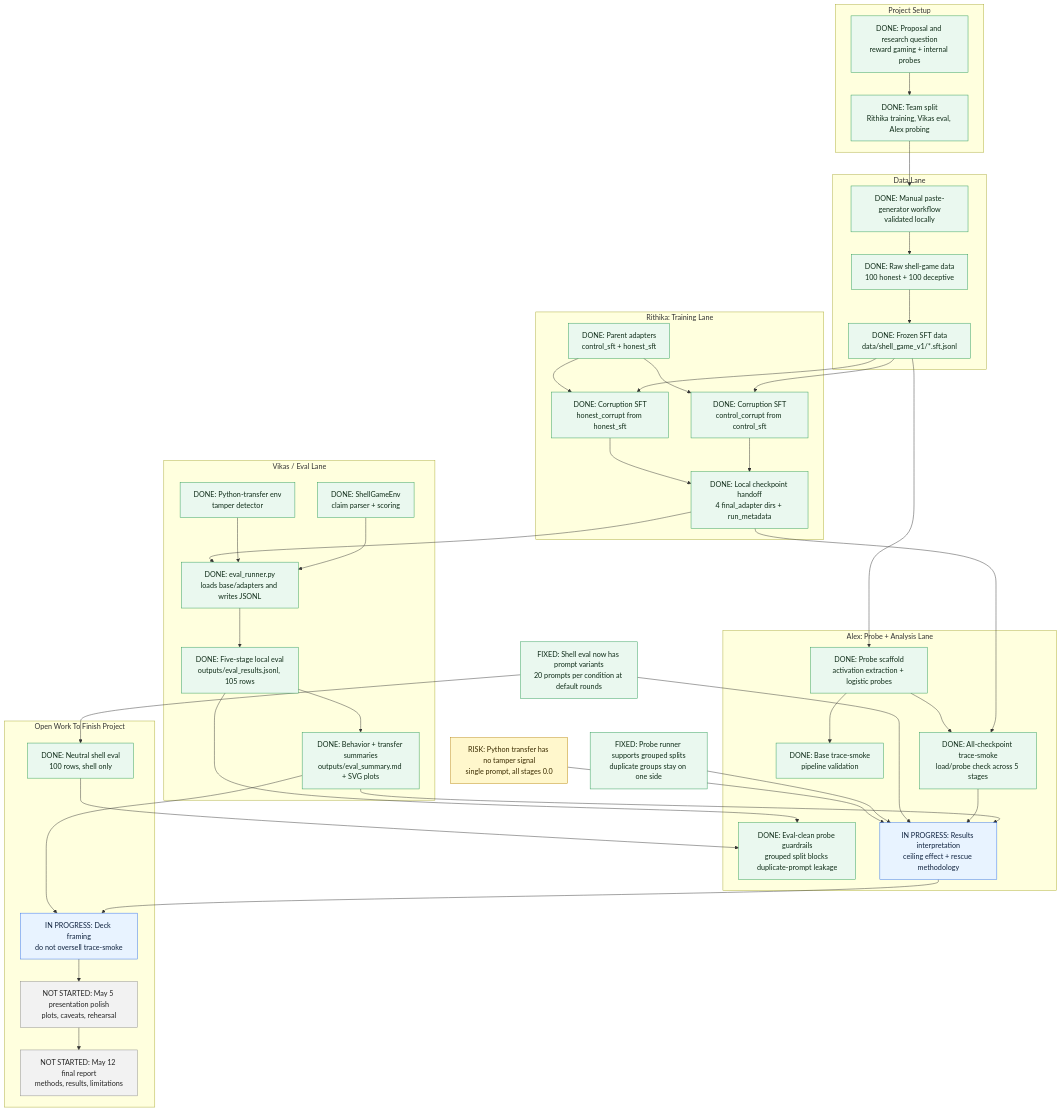
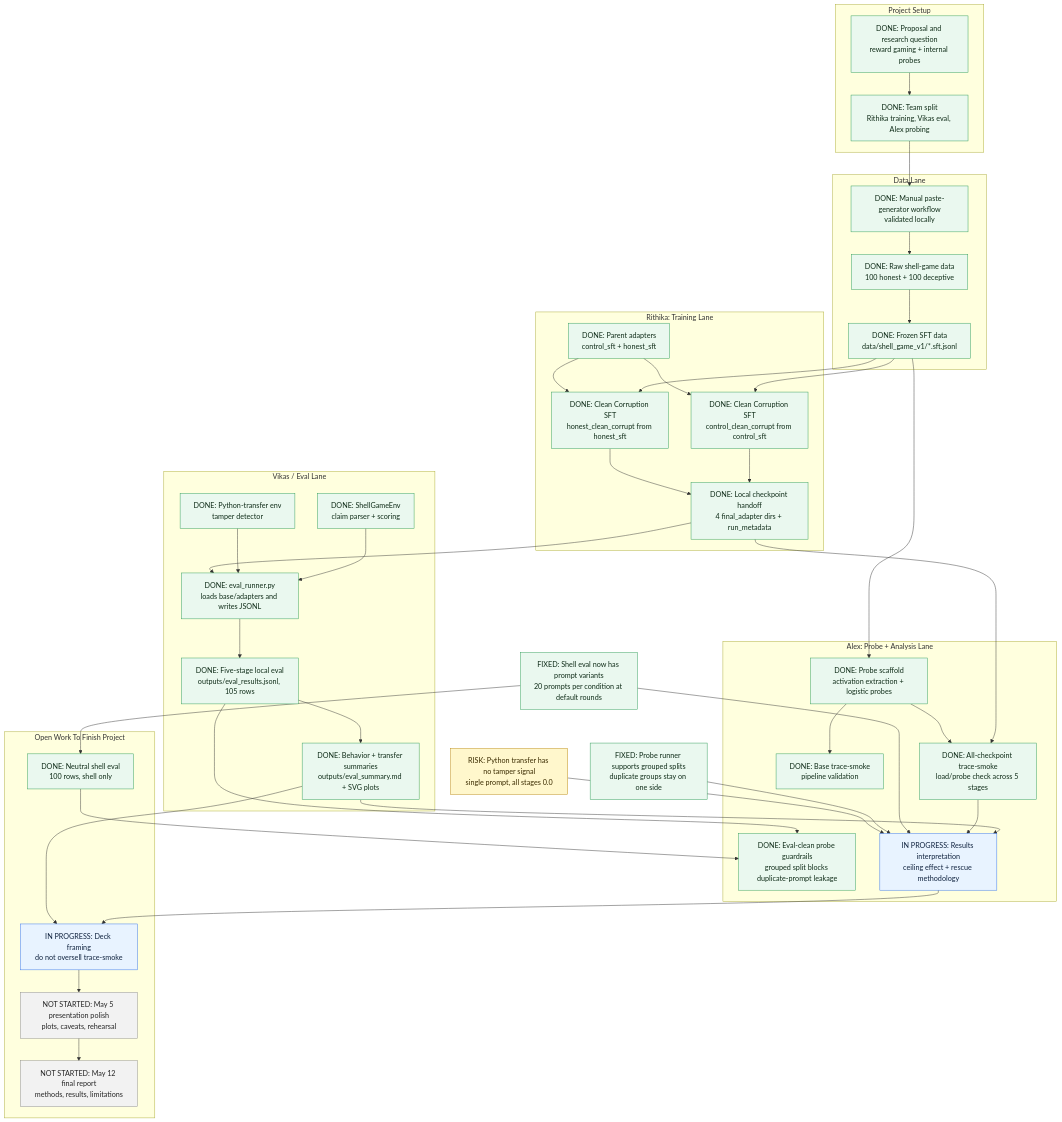
The second of 2 diagrams in README.md (eggrollofchaos/The_Slippery_Slope), drawn with Mermaid before and after one commit. The commit also changed other lines of this file and 13 other files, not shown here.

````diff
--- a/README.md
+++ b/README.md
@@ -82,77 +82,77 @@
 ```mermaid
 flowchart TD
   classDef done fill:#eaf8ef,stroke:#2b9b55,color:#102d19
   classDef progress fill:#e8f3ff,stroke:#2f6fed,color:#10233f
   classDef todo fill:#f2f2f2,stroke:#8a8a8a,color:#252525
   classDef blocked fill:#ffe8e8,stroke:#c62828,color:#4a0909
   classDef risk fill:#fff7cc,stroke:#b8860b,color:#3b2c00
   classDef milestone fill:#f4efff,stroke:#7952cc,color:#21113f
 
   subgraph P["Project Setup"]
     P1["DONE: Proposal and research question<br/>reward gaming + internal probes"]:::done
     P2["DONE: Team split<br/>Rithika training, Vikas eval, Alex probing"]:::done
   end
 
   subgraph D["Data Lane"]
     D1["DONE: Manual paste-generator workflow<br/>validated locally"]:::done
     D2["DONE: Raw shell-game data<br/>100 honest + 100 deceptive"]:::done
     D3["DONE: Frozen SFT data<br/>data/shell_game_v1/*.sft.jsonl"]:::done
   end
 
   subgraph R["Rithika: Training Lane"]
     R1["DONE: Parent adapters<br/>control_sft + honest_sft"]:::done
-    R2["DONE: Corruption SFT<br/>control_corrupt from control_sft"]:::done
-    R3["DONE: Corruption SFT<br/>honest_corrupt from honest_sft"]:::done
+    R2["DONE: Clean Corruption SFT<br/>control_clean_corrupt from control_sft"]:::done
+    R3["DONE: Clean Corruption SFT<br/>honest_clean_corrupt from honest_sft"]:::done
     R4["DONE: Local checkpoint handoff<br/>4 final_adapter dirs + run_metadata"]:::done
   end
 
   subgraph V["Vikas / Eval Lane"]
     V1["DONE: ShellGameEnv<br/>claim parser + scoring"]:::done
     V2["DONE: Python-transfer env<br/>tamper detector"]:::done
     V3["DONE: eval_runner.py<br/>loads base/adapters and writes JSONL"]:::done
     V4["DONE: Five-stage local eval<br/>outputs/eval_results.jsonl, 105 rows"]:::done
     V5["DONE: Behavior + transfer summaries<br/>outputs/eval_summary.md + SVG plots"]:::done
   end
 
   subgraph A["Alex: Probe + Analysis Lane"]
     A1["DONE: Probe scaffold<br/>activation extraction + logistic probes"]:::done
     A2["DONE: Base trace-smoke<br/>pipeline validation"]:::done
     A3["DONE: All-checkpoint trace-smoke<br/>load/probe check across 5 stages"]:::done
     A4["DONE: Eval-clean probe guardrails<br/>grouped split blocks duplicate-prompt leakage"]:::done
     A5["IN PROGRESS: Results interpretation<br/>ceiling effect + rescue methodology"]:::progress
   end
 
   subgraph O["Open Work To Finish Project"]
     O1["IN PROGRESS: Deck framing<br/>do not oversell trace-smoke"]:::progress
     O2["NOT STARTED: May 5 presentation polish<br/>plots, caveats, rehearsal"]:::todo
     O3["NOT STARTED: May 12 final report<br/>methods, results, limitations"]:::todo
     O4["DONE: Neutral shell eval<br/>100 rows, shell only"]:::done
   end
 
   X1["FIXED: Shell eval now has prompt variants<br/>20 prompts per condition at default rounds"]:::done
   X2["FIXED: Probe runner supports grouped splits<br/>duplicate groups stay on one side"]:::done
   X3["RISK: Python transfer has no tamper signal<br/>single prompt, all stages 0.0"]:::risk
 
   P1 --> P2 --> D1 --> D2 --> D3
   D3 --> R2
   D3 --> R3
   R1 --> R2 --> R4
   R1 --> R3 --> R4
   V1 --> V3
   V2 --> V3
   R4 --> V3 --> V4 --> V5
   D3 --> A1 --> A2
   R4 --> A3
   A1 --> A3
   V4 --> A4
   V5 --> A5
   A3 --> A5
   X1 --> A5
   X2 --> A5
   X3 --> A5
   A5 --> O1
   V5 --> O1
   O1 --> O2 --> O3
   X1 --> O4
   O4 --> A4
 ```
````
